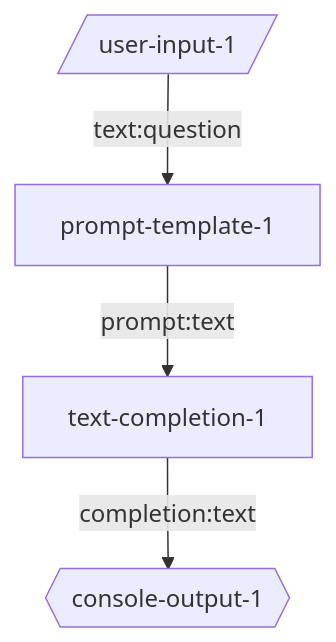
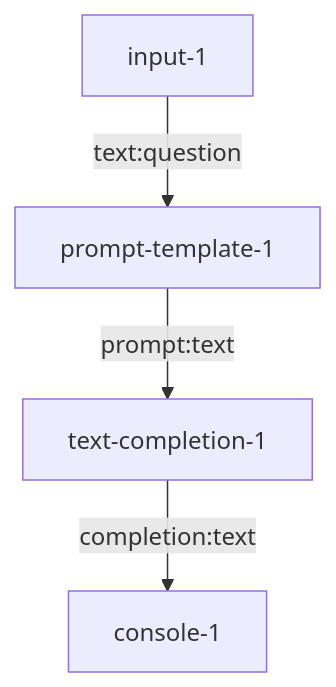
The diagram in seeds/graph-playground/docs/graphs/simple-prompt.md (breadboard-ai/breadboard), drawn with Mermaid before and after one commit. The commit also changed 22 other files, not shown here.

First line of the commit message:
[graph-playground] Renaming input and output.

````diff
--- a/seeds/graph-playground/docs/graphs/simple-prompt.md
+++ b/seeds/graph-playground/docs/graphs/simple-prompt.md
@@ -4,6 +4,6 @@
 ```mermaid
 graph TD;
-user-input-1[/user-input-1/] -- text:question --> prompt-template-1
+input-1 -- text:question --> prompt-template-1
 prompt-template-1 -- prompt:text --> text-completion-1
-text-completion-1 -- completion:text --> console-output-1{{console-output-1}}
+text-completion-1 -- completion:text --> console-1
 ```
````
